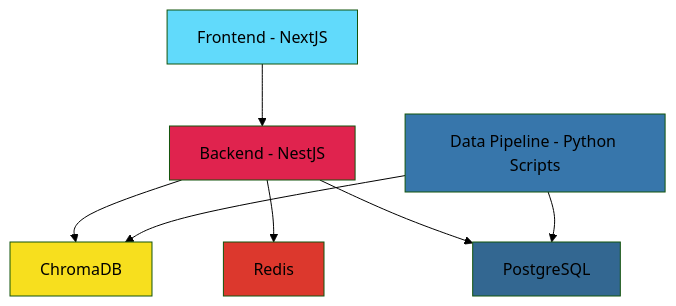
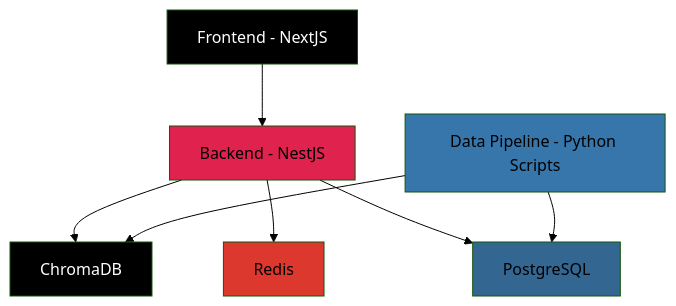
Before and after one commit to pedrohugorm/pp-challenge: the diagram in README.md, drawn with Mermaid (forest theme).

````diff
--- a/README.md
+++ b/README.md
@@ -7,16 +7,16 @@
 ```mermaid
 graph TB
     A[Frontend - NextJS] --> B[Backend - NestJS]
     B --> C[ChromaDB]
     B --> D[Redis]
     B --> E[PostgreSQL]
     F[Data Pipeline - Python Scripts] --> C
     F --> E
     
-    style A fill:#61dafb
+    style A fill:#000000,color:#ffffff
     style B fill:#e0234e
-    style C fill:#f7df1e
+    style C fill:#000000,color:#ffffff
     style D fill:#dc382d
     style E fill:#336791
     style F fill:#3776ab
 ```
````
